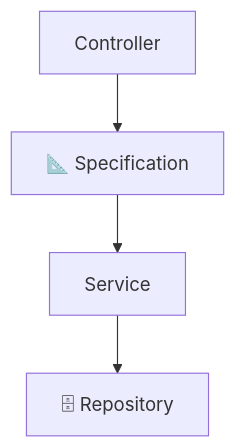
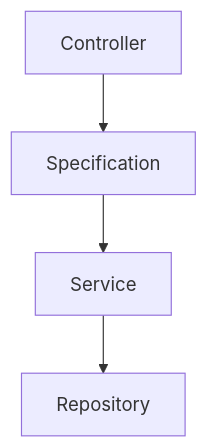
One commit to jeffersonnjunior/Monolith-.Net changed the diagram in README.md. Above: the diagram before and after it, drawn with Mermaid.

Commit message:
fix: correction diagram

````diff
--- a/README.md
+++ b/README.md
@@ -105,7 +105,7 @@
 ```mermaid
 graph TD
-    A[ Controller] --> B[📐 Specification]
+    A[ Controller] --> B[ Specification]
     B --> C[ Service]
-    C --> D[🗄 Repository]
+    C --> D[ Repository]
 
 ```
````
